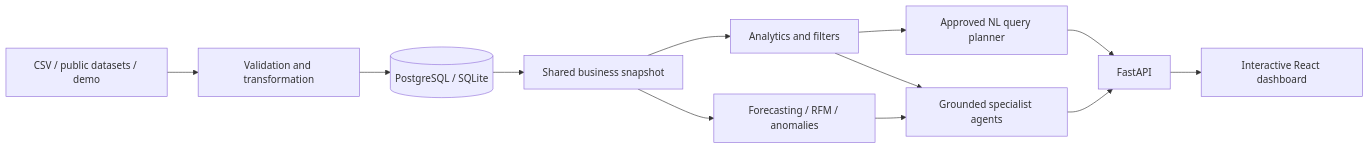
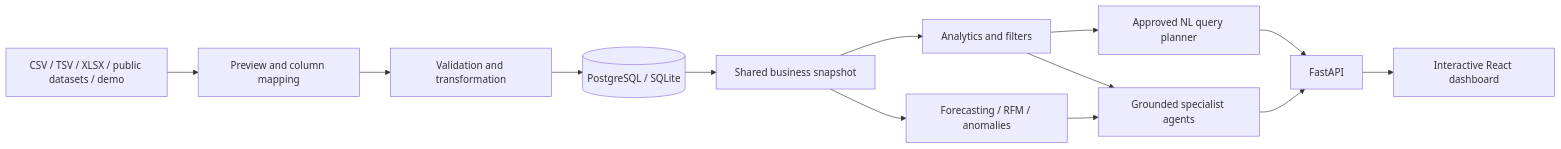
The diagram in README.md (QihuiPan/enterprise-ai-bi), drawn with Mermaid before and after one commit. The commit also changed other lines of this file and 39 other files, not shown here.

````diff
--- a/README.md
+++ b/README.md
@@ -35,14 +36,15 @@
 ```mermaid
 flowchart LR
-    S[CSV / public datasets / demo] --> V[Validation and transformation]
+    S[CSV / TSV / XLSX / public datasets / demo] --> P[Preview and column mapping]
+    P --> V[Validation and transformation]
     V --> D[(PostgreSQL / SQLite)]
     D --> B[Shared business snapshot]
     B --> A[Analytics and filters]
     B --> M[Forecasting / RFM / anomalies]
     A --> Q[Approved NL query planner]
     A --> G[Grounded specialist agents]
     M --> G
     Q --> API[FastAPI]
     G --> API
     API --> UI[Interactive React dashboard]
 ```
````
